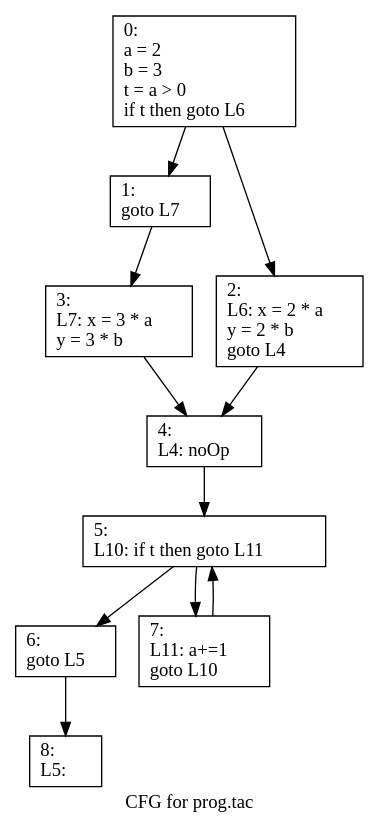
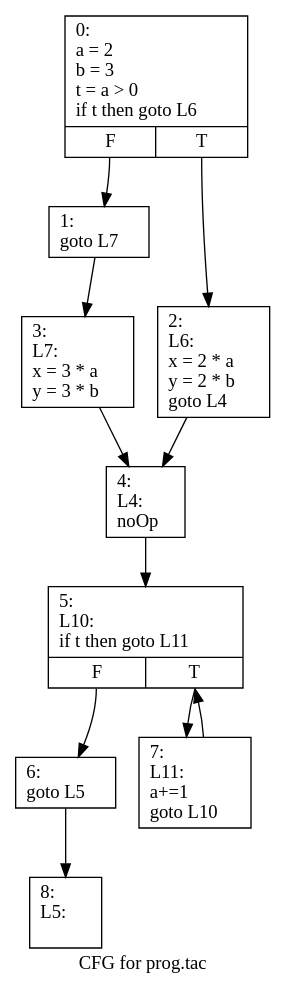
The diagram in assignment_2/testcases/prog.dot (yugeshk/CS639-assignments), drawn with Graphviz before and after one commit. The commit also changed 1 other file, not shown here.

Commit message:
Pretty print BB label in CFG

```diff
--- a/assignment_2/testcases/prog.dot
+++ b/assignment_2/testcases/prog.dot
@@ -1,22 +1,22 @@
 digraph "CFG for prog.tac" {
 label="CFG for prog.tac";
-0 [label="{0:\l  a = 2\l  b = 3\l  t = a \> 0\l  if t then goto L6\l}", shape=record];
+0 [label="{0:\l  a = 2\l  b = 3\l  t = a \> 0\l  if t then goto L6\l|{<s0>F|<s1>T}}", shape=record];
 1 [label="{1:\l  goto L7\l}", shape=record];
-2 [label="{2:\l  L6: x = 2 * a\l  y = 2 * b\l  goto L4\l}", shape=record];
-3 [label="{3:\l  L7: x = 3 * a\l  y = 3 * b\l}", shape=record];
-4 [label="{4:\l  L4: noOp\l}", shape=record];
-5 [label="{5:\l  L10: if t then goto L11\l}", shape=record];
+2 [label="{2:\l  L6:\l x = 2 * a\l  y = 2 * b\l  goto L4\l}", shape=record];
+3 [label="{3:\l  L7:\l x = 3 * a\l  y = 3 * b\l}", shape=record];
+4 [label="{4:\l  L4:\l noOp\l}", shape=record];
+5 [label="{5:\l  L10:\l if t then goto L11\l|{<s0>F|<s1>T}}", shape=record];
 6 [label="{6:\l  goto L5\l}", shape=record];
-7 [label="{7:\l  L11: a+=1\l  goto L10\l}", shape=record];
-8 [label="{8:\l  L5: \l}", shape=record];
-0 -> 1;
-0 -> 2;
+7 [label="{7:\l  L11:\l a+=1\l  goto L10\l}", shape=record];
+8 [label="{8:\l  L5:\l \l}", shape=record];
+0:s0 -> 1;
+0:s1 -> 2;
 1 -> 3;
 2 -> 4;
 3 -> 4;
 4 -> 5;
-5 -> 6;
-5 -> 7;
+5:s0 -> 6;
+5:s1 -> 7;
 6 -> 8;
 7 -> 5;
 }
```
